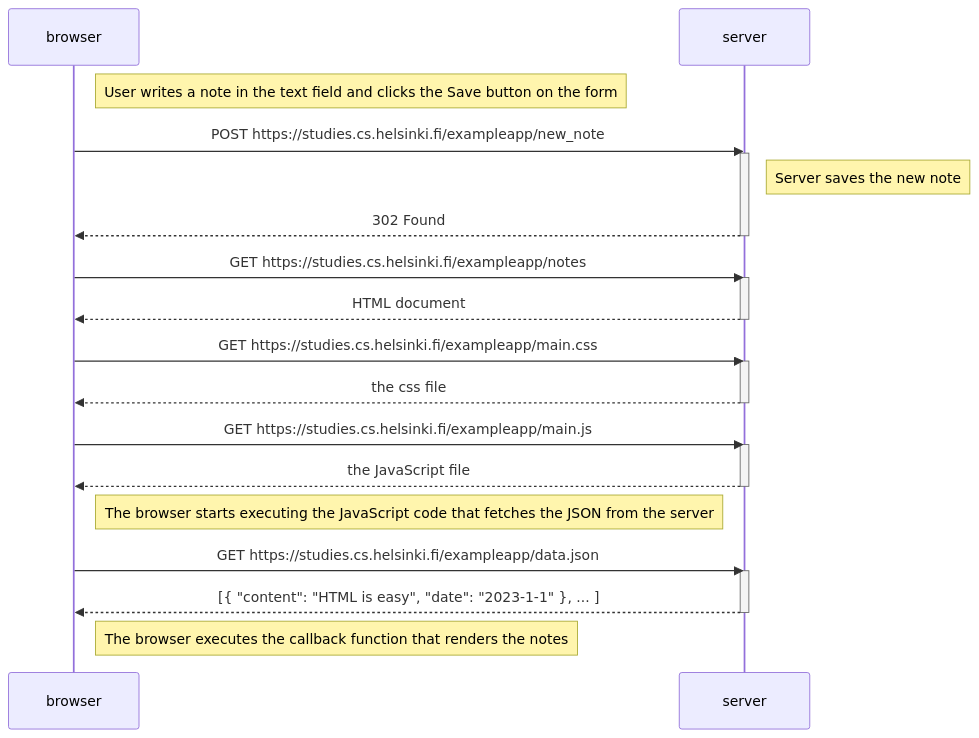
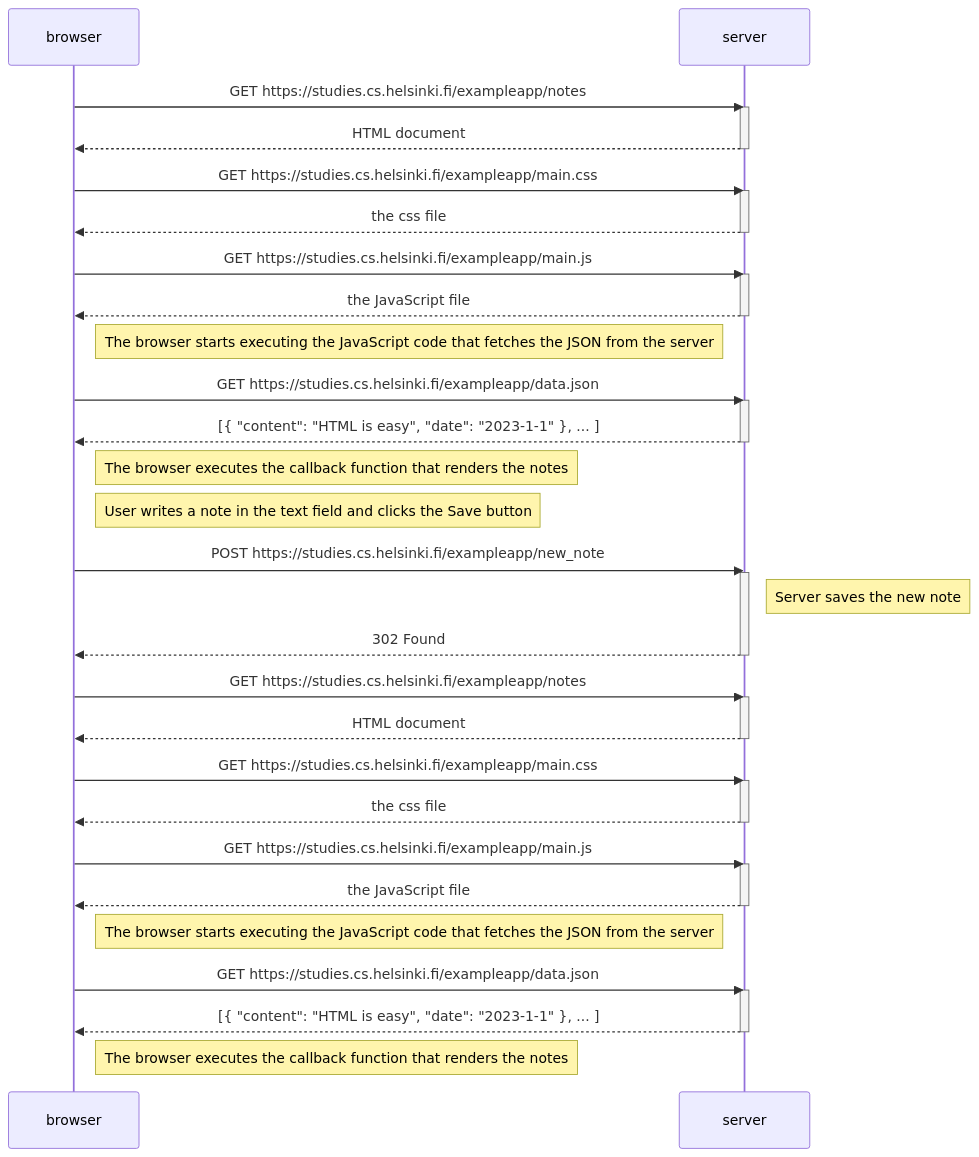
Before and after one commit to kastashenkova/fullstack-web-development: the diagram in part0/0.4_New_note_diagram.md, drawn with Mermaid.

Commit message:
Reorganize sequence diagram for note saving process

````diff
--- a/part0/0.4_New_note_diagram.md
+++ b/part0/0.4_New_note_diagram.md
@@ -1,37 +1,61 @@
 ```mermaid
 sequenceDiagram
     participant browser
     participant server
 
-    Note right of browser: User writes a note in the text field and clicks the Save button on the form
+    browser->>server: GET https://studies.cs.helsinki.fi/exampleapp/notes
+    activate server
+    server-->>browser: HTML document
+    deactivate server
+
+    browser->>server: GET https://studies.cs.helsinki.fi/exampleapp/main.css
+    activate server
+    server-->>browser: the css file
+    deactivate server
+
+    browser->>server: GET https://studies.cs.helsinki.fi/exampleapp/main.js
+    activate server
+    server-->>browser: the JavaScript file
+    deactivate server
+
+    Note right of browser: The browser starts executing the JavaScript code that fetches the JSON from the server
+
+    browser->>server: GET https://studies.cs.helsinki.fi/exampleapp/data.json
+    activate server
+    server-->>browser: [{ "content": "HTML is easy", "date": "2023-1-1" }, ... ]
+    deactivate server
+
+    Note right of browser: The browser executes the callback function that renders the notes
+
+    Note right of browser: User writes a note in the text field and clicks the Save button
     
     browser->>server: POST https://studies.cs.helsinki.fi/exampleapp/new_note
     activate server
     Note right of server: Server saves the new note
     server-->>browser: 302 Found
     deactivate server
 
     browser->>server: GET https://studies.cs.helsinki.fi/exampleapp/notes
     activate server
     server-->>browser: HTML document
     deactivate server
 
     browser->>server: GET https://studies.cs.helsinki.fi/exampleapp/main.css
     activate server
     server-->>browser: the css file
     deactivate server
 
     browser->>server: GET https://studies.cs.helsinki.fi/exampleapp/main.js
     activate server
     server-->>browser: the JavaScript file
     deactivate server
 
     Note right of browser: The browser starts executing the JavaScript code that fetches the JSON from the server
 
     browser->>server: GET https://studies.cs.helsinki.fi/exampleapp/data.json
     activate server
     server-->>browser: [{ "content": "HTML is easy", "date": "2023-1-1" }, ... ]
     deactivate server
 
     Note right of browser: The browser executes the callback function that renders the notes
 ```
````
